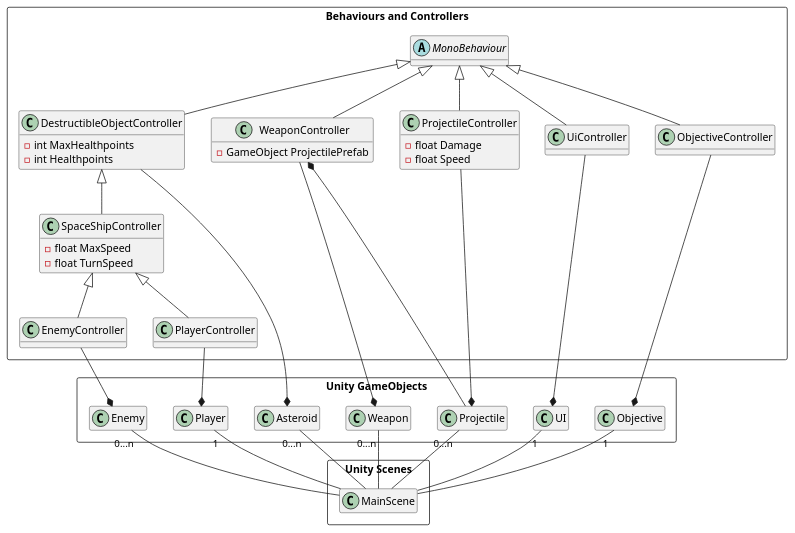
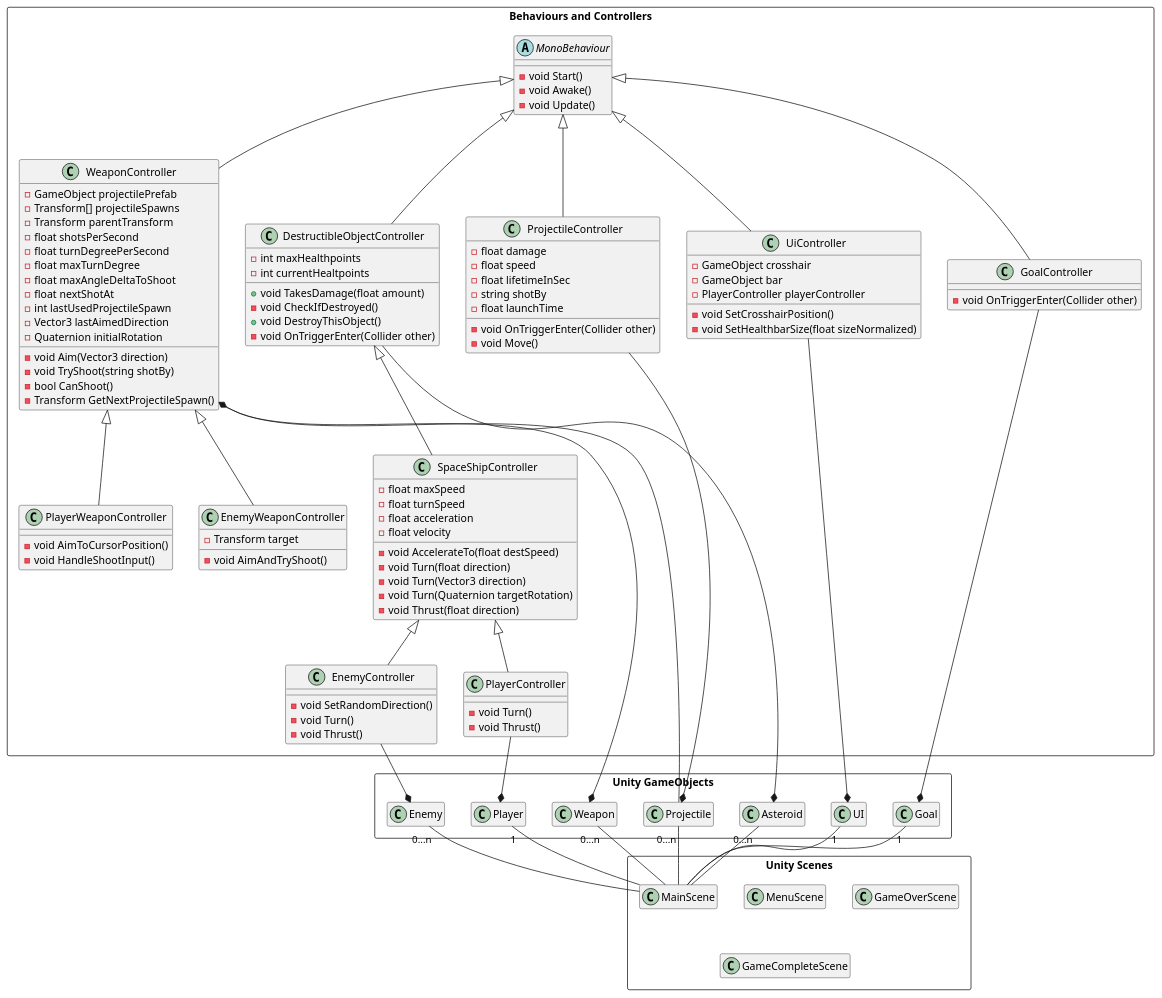
Before and after one commit to smowdy/bfh_projekt_1: the diagram in doc/diagrams/Model.puml, drawn with PlantUML.

Commit message:
model diagram erweitern

```diff
--- a/doc/diagrams/Model.puml
+++ b/doc/diagrams/Model.puml
@@ -1,69 +1,130 @@
 @startuml
 
 package "Unity Scenes" <<Rectangle>>{
     hide members
     Class MainScene
-}
+    Class MenuScene
+    Class GameOverScene
+    Class GameCompleteScene
+    }
 
 package "Unity GameObjects" <<Rectangle>> {
     hide members
     Class Weapon
     Class Player
     Class Enemy
     Class Projectile
     Class Asteroid
-    Class Objective
+    Class Goal
     Class UI
 }
 
 package "Behaviours and Controllers" <<Rectangle>> {
-    hide methods
-    abstract Class MonoBehaviour
+    abstract Class MonoBehaviour{
+    - void Start()
+    - void Awake()
+    - void Update()
+    }
     Class DestructibleObjectController{
-        - int MaxHealthpoints
-        - int Healthpoints
+        - int maxHealthpoints
+        - int currentHealtpoints
+        + void TakesDamage(float amount)
+        -  void CheckIfDestroyed()
+        + void DestroyThisObject()
+        - void OnTriggerEnter(Collider other)
     }
     Class SpaceShipController{
-        - float MaxSpeed
-        - float TurnSpeed
+        - float maxSpeed
+        - float turnSpeed
+        - float acceleration
+        - float velocity
+        - void AccelerateTo(float destSpeed)
+        - void Turn(float direction)
+        - void Turn(Vector3 direction)
+        - void Turn(Quaternion targetRotation)
+        - void Thrust(float direction)
     }
-    Class PlayerController
-    Class EnemyController
+    Class PlayerController{
+        - void Turn()
+        - void Thrust()
+    }
+    Class EnemyController{
+        - void SetRandomDirection()
+        - void Turn()
+        - void Thrust()
+    }
     Class WeaponController{
-        - GameObject ProjectilePrefab
+        - GameObject projectilePrefab
+        - Transform[] projectileSpawns
+        - Transform parentTransform
+        - float shotsPerSecond
+        - float turnDegreePerSecond
+        - float maxTurnDegree
+        - float maxAngleDeltaToShoot
+        - float nextShotAt
+        - int lastUsedProjectileSpawn
+        - Vector3 lastAimedDirection
+        - Quaternion initialRotation
+        - void Aim(Vector3 direction)
+        - void TryShoot(string shotBy)
+        - bool CanShoot()
+        - Transform GetNextProjectileSpawn()
+    }
+    Class EnemyWeaponController{
+        - Transform target
+        - void AimAndTryShoot()
+    }
+    Class PlayerWeaponController{
+        - void AimToCursorPosition()
+        - void HandleShootInput()
     }
     Class ProjectileController{
-        - float Damage
-        - float Speed
+        - float damage
+        - float speed
+        - float lifetimeInSec
+        - string shotBy
+        - float launchTime
+        - void OnTriggerEnter(Collider other)
+        - void Move()
     }
-    Class ObjectiveController
-    Class UiController
+    Class GoalController{
+        - void OnTriggerEnter(Collider other)
+    }
+    Class UiController{
+        -GameObject crosshair
+        -GameObject bar
+        -PlayerController playerController
+        -void SetCrosshairPosition()
+        -void SetHealthbarSize(float sizeNormalized)
+    }
 }
 
 PlayerController -up-|> SpaceShipController
 EnemyController -up-|> SpaceShipController
 SpaceShipController -up-|> DestructibleObjectController
-ObjectiveController -up-|> MonoBehaviour
+GoalController -up-|> MonoBehaviour
 WeaponController -up-|> MonoBehaviour
+EnemyWeaponController -up-|> WeaponController
+PlayerWeaponController -up-|> WeaponController
 ProjectileController -up-|> MonoBehaviour
 UiController -up-|> MonoBehaviour
 DestructibleObjectController -up-|> MonoBehaviour
 
 Asteroid *-up- DestructibleObjectController
 Player *-up- PlayerController
 Enemy *-up- EnemyController
 Weapon *-up- WeaponController
 Projectile *-up- ProjectileController
 WeaponController *-up- Projectile
-Objective *-up- ObjectiveController
+Goal *-up- GoalController
 UI *-up- UiController
 
 MainScene -up- "1" Player
 MainScene -up- "0...n" Enemy
 MainScene -up- "0...n" Weapon
 MainScene -up- "0...n" Projectile
 MainScene -up- "0...n" Asteroid
-MainScene -up- "1" Objective
+MainScene -up- "1" Goal
 MainScene -up- "1" UI
 
 @enduml
```
